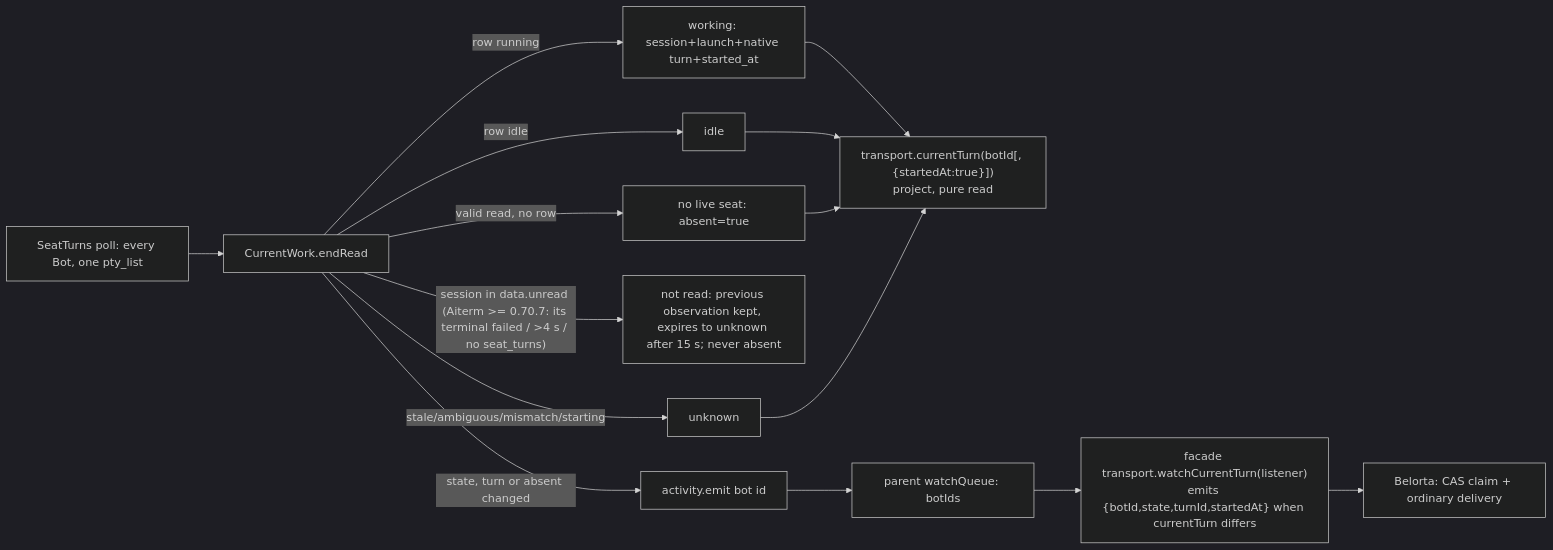
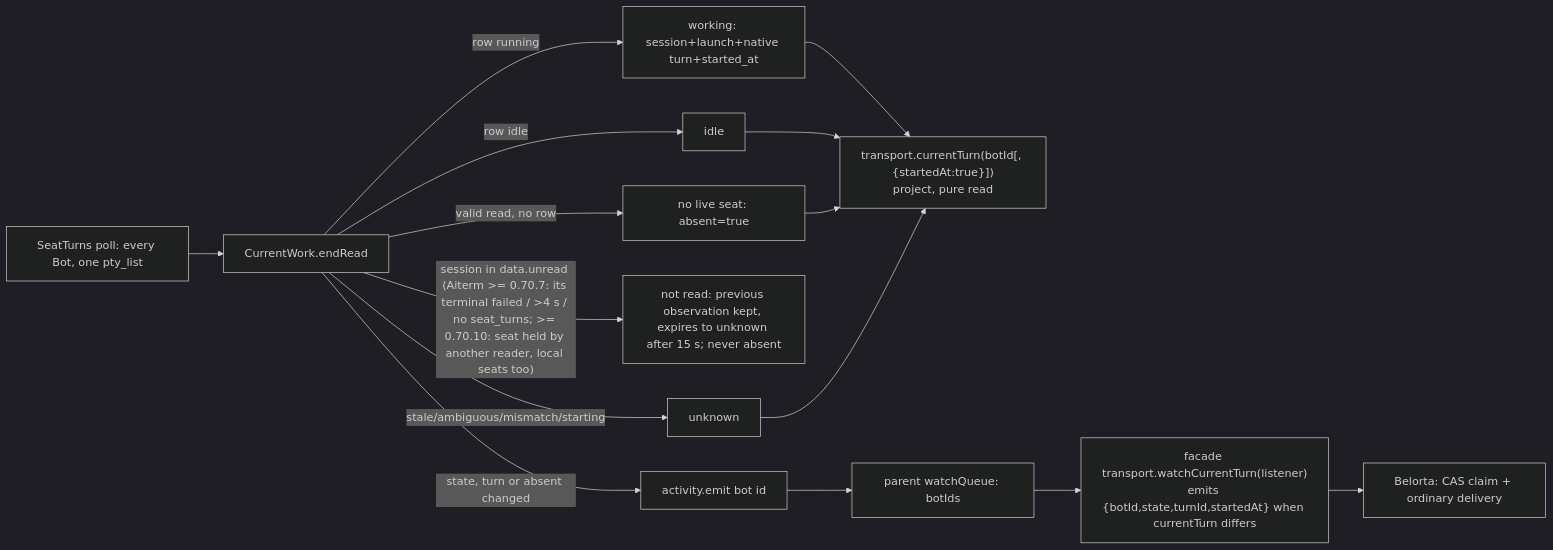
The second of 3 diagrams in docs/architecture/modules/execution/current-work.md (kitepon/BellTeam), drawn with Mermaid (dark theme) before and after one commit. The commit also changed other lines of this file, not shown here.

Commit message:
docs(current-work): unread also covers a seat held by another reader (Aiterm 0.70.10)
Elegg 0.70.10: a seat another live reader holds is listed in unread, remote or
local. endRead already keeps the previous observation for any unread session,
so no code change.

````diff
--- a/docs/architecture/modules/execution/current-work.md
+++ b/docs/architecture/modules/execution/current-work.md
@@ -85,14 +85,14 @@
 ```mermaid
 flowchart LR
   Poll[SeatTurns poll: every Bot, one pty_list] --> EndRead[CurrentWork.endRead]
   EndRead -->|row running| Working[working: session+launch+native turn+started_at]
   EndRead -->|row idle| Idle[idle]
   EndRead -->|valid read, no row| Absent[no live seat: absent=true]
-  EndRead -->|"session in data.unread (Aiterm >= 0.70.7: its terminal failed / >4 s / no seat_turns)"| Unread[not read: previous observation kept, expires to unknown after 15 s; never absent]
+  EndRead -->|"session in data.unread (Aiterm >= 0.70.7: its terminal failed / >4 s / no seat_turns; >= 0.70.10: seat held by another reader, local seats too)"| Unread[not read: previous observation kept, expires to unknown after 15 s; never absent]
   EndRead -->|stale/ambiguous/mismatch/starting| Unknown[unknown]
   Working & Idle & Absent & Unknown --> Turn["transport.currentTurn(botId[, {startedAt:true}])<br/>project, pure read"]
   EndRead -->|state, turn or absent changed| Notify[activity.emit bot id]
   Notify --> Queue[parent watchQueue: botIds]
   Queue --> Watch["facade transport.watchCurrentTurn(listener)<br/>emits {botId,state,turnId,startedAt} when currentTurn differs"]
   Watch --> Scheduler[Belorta: CAS claim + ordinary delivery]
 ```
````
